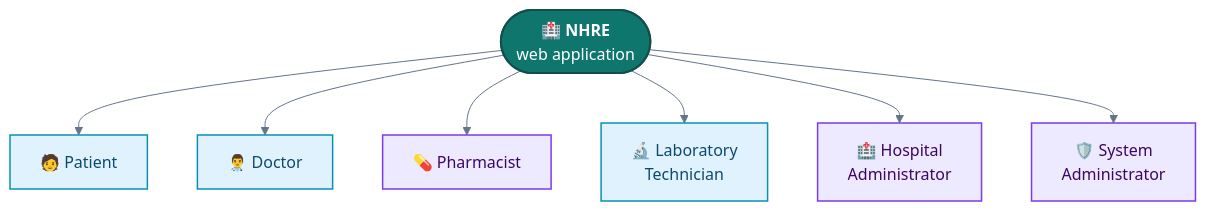
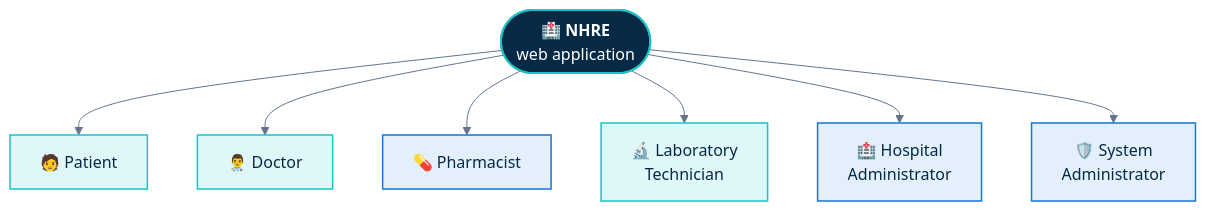
One commit to heyaftab/national-healthcare-record-exchange changed the first of 2 diagrams in README.md. Above: the diagram before and after it, drawn with Mermaid. The commit also changed other lines of this file and 4 other files, not shown here.

````diff
--- a/README.md
+++ b/README.md
@@ -173,18 +169,18 @@
 ```mermaid
 %%{init: {'theme':'base','themeVariables':{'fontFamily':'Inter, Segoe UI, sans-serif','lineColor':'#64748b'}}}%%
 flowchart TB
     App(["🏥 <b>NHRE</b><br>web application"])
     App --> Patient["🧑 Patient"]
     App --> Doctor["👨‍⚕️ Doctor"]
     App --> Pharmacist["💊 Pharmacist"]
     App --> Lab["🔬 Laboratory<br>Technician"]
     App --> HospitalAdmin["🏥 Hospital<br>Administrator"]
     App --> SystemAdmin["🛡️ System<br>Administrator"]
 
-    classDef core fill:#0f766e,stroke:#134e4a,color:#ffffff,stroke-width:2px;
-    classDef care fill:#e0f2fe,stroke:#0891b2,color:#0c4a6e,stroke-width:1.5px;
-    classDef ops fill:#ede9fe,stroke:#7c3aed,color:#3b0764,stroke-width:1.5px;
+    classDef core fill:#062A45,stroke:#19C3C8,color:#ffffff,stroke-width:2px;
+    classDef care fill:#e0f7fa,stroke:#19C3C8,color:#062A45,stroke-width:1.5px;
+    classDef ops fill:#e3f0fc,stroke:#1976D2,color:#062A45,stroke-width:1.5px;
     class App core;
     class Patient,Doctor,Lab care;
     class Pharmacist,HospitalAdmin,SystemAdmin ops;
 ```
````
